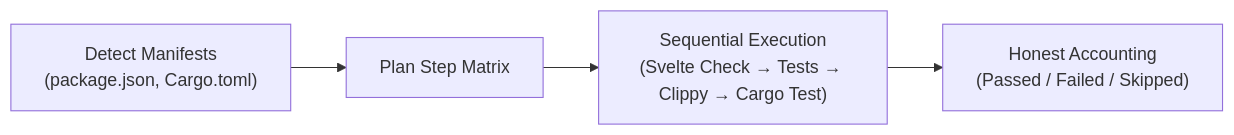
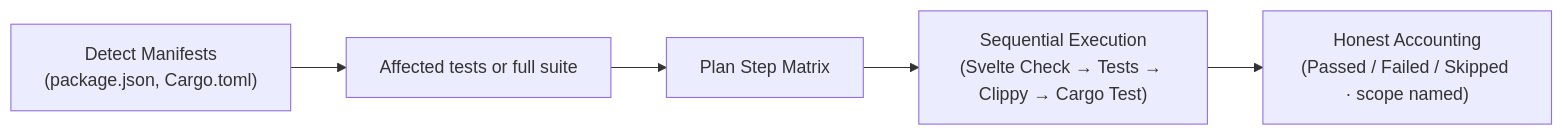
Before and after one commit to bharathvbcr/GitPulse: the second of 2 diagrams in docs/FEATURES.md, drawn with Mermaid. The commit also changed other lines of this file and 388 other files, not shown here.

````diff
--- a/docs/FEATURES.md
+++ b/docs/FEATURES.md
@@ -63,6 +66,7 @@
   ```mermaid
   flowchart LR
-      Manifests["Detect Manifests<br/>(package.json, Cargo.toml)"] --> Plan["Plan Step Matrix"]
+      Manifests["Detect Manifests<br/>(package.json, Cargo.toml)"] --> Scope["Affected tests or full suite"]
+      Scope --> Plan["Plan Step Matrix"]
       Plan --> Exec["Sequential Execution<br/>(Svelte Check → Tests → Clippy → Cargo Test)"]
-      Exec --> Report["Honest Accounting<br/>(Passed / Failed / Skipped)"]
+      Exec --> Report["Honest Accounting<br/>(Passed / Failed / Skipped · scope named)"]
   ```
````
